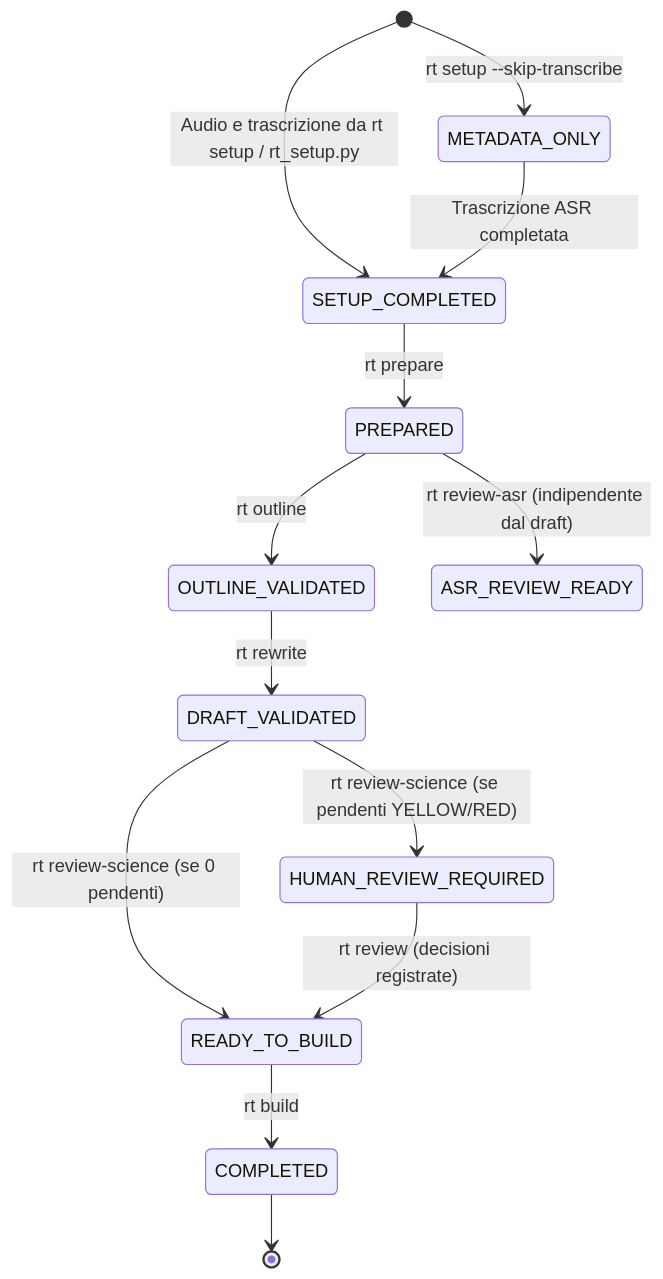
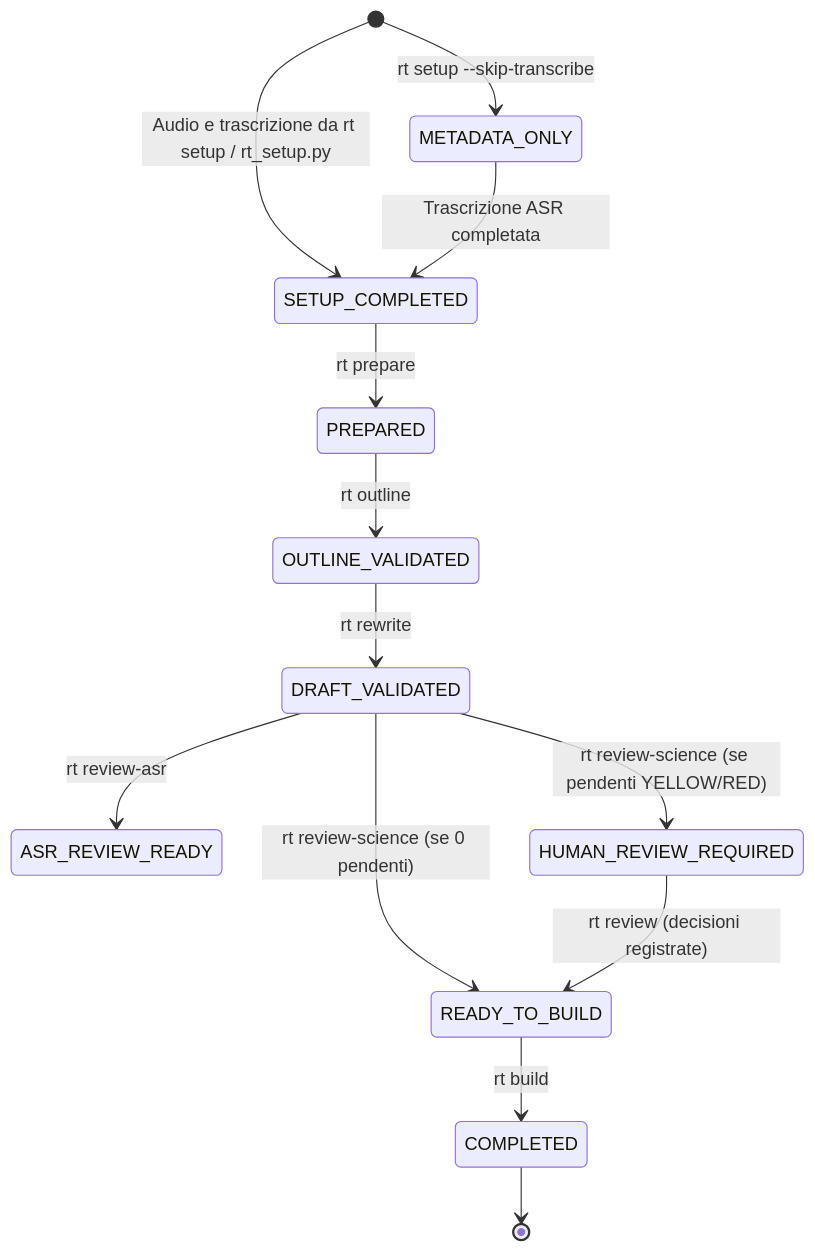
The diagram in docs/WORKFLOW.md (atturk/rt), drawn with Mermaid before and after one commit. The commit also changed other lines of this file and 3 other files, not shown here.

Commit message:
docs: allinea DAG review_asr al codice; rt: rimuove fallback deepseek hardcoded e alias morto

````diff
--- a/docs/WORKFLOW.md
+++ b/docs/WORKFLOW.md
@@ -11,15 +11,15 @@
 ```mermaid
 stateDiagram-v2
     [*] --> METADATA_ONLY: rt setup --skip-transcribe
     [*] --> SETUP_COMPLETED: Audio e trascrizione da rt setup / rt_setup.py
     METADATA_ONLY --> SETUP_COMPLETED: Trascrizione ASR completata
     SETUP_COMPLETED --> PREPARED: rt prepare
     PREPARED --> OUTLINE_VALIDATED: rt outline
     OUTLINE_VALIDATED --> DRAFT_VALIDATED: rt rewrite
-    PREPARED --> ASR_REVIEW_READY: rt review-asr (indipendente dal draft)
+    DRAFT_VALIDATED --> ASR_REVIEW_READY: rt review-asr
     DRAFT_VALIDATED --> HUMAN_REVIEW_REQUIRED: rt review-science (se pendenti YELLOW/RED)
     DRAFT_VALIDATED --> READY_TO_BUILD: rt review-science (se 0 pendenti)
     HUMAN_REVIEW_REQUIRED --> READY_TO_BUILD: rt review (decisioni registrate)
     READY_TO_BUILD --> COMPLETED: rt build
     COMPLETED --> [*]
 ```
````
